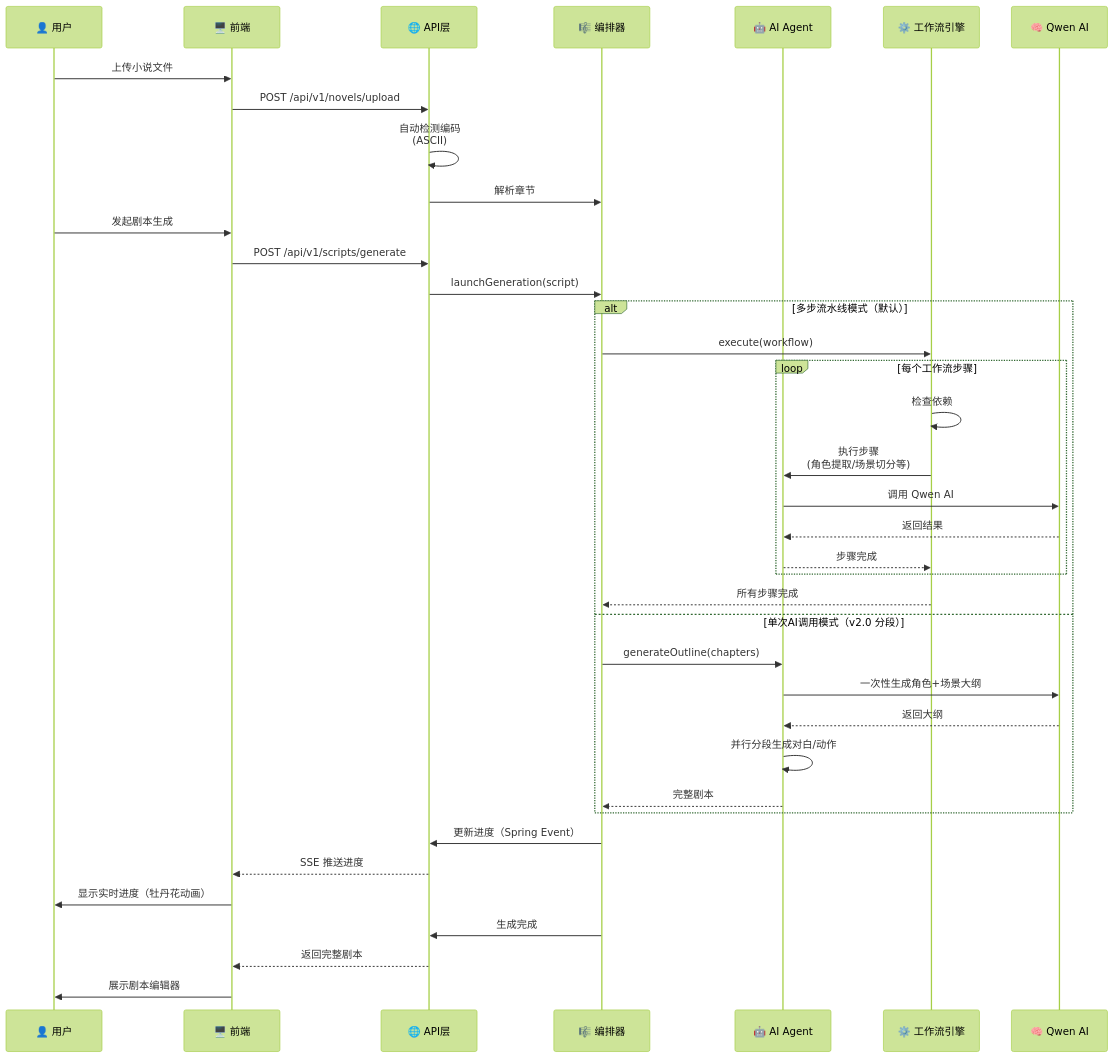
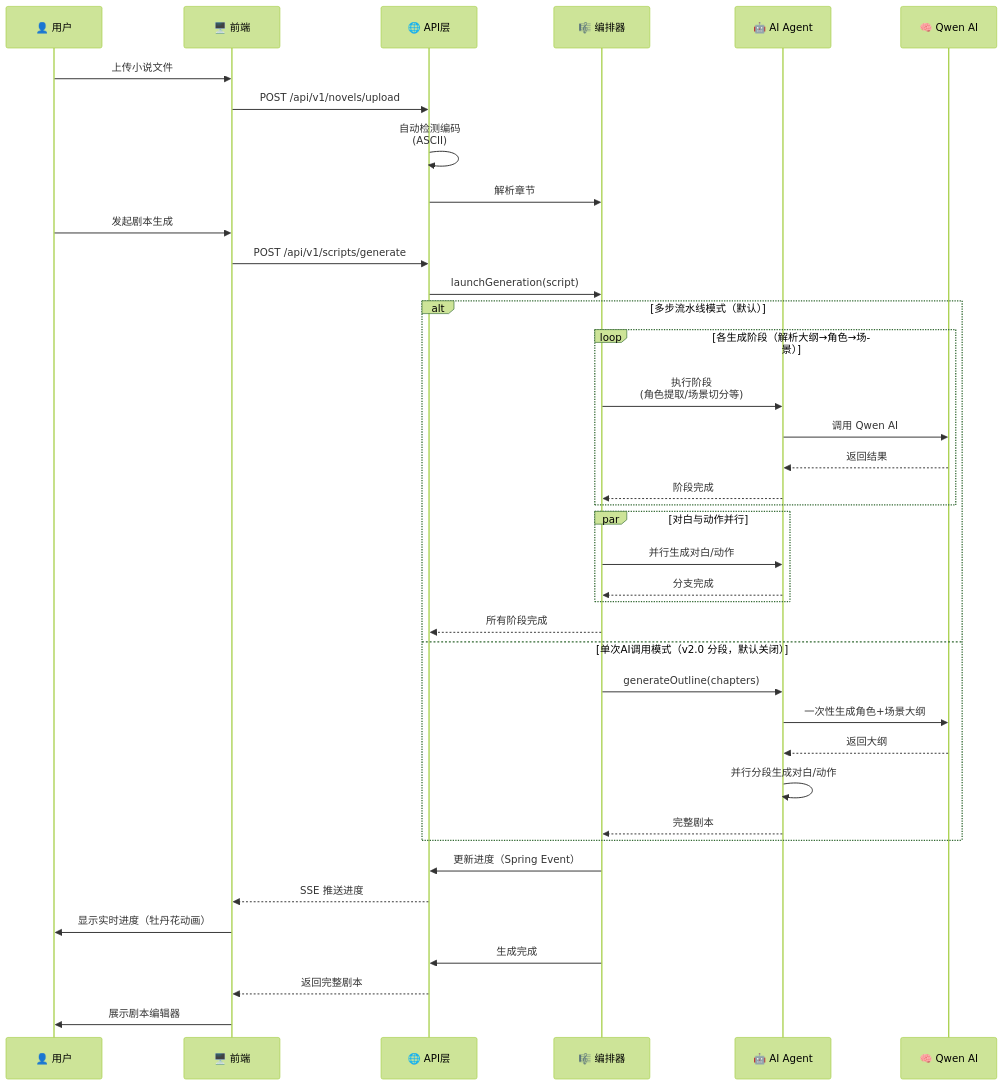
Before and after one commit to Mr-123321/Novel2Script: the second of 2 diagrams in README.md, drawn with Mermaid (forest theme). The commit also changed other lines of this file, not shown here.

````diff
--- a/README.md
+++ b/README.md
@@ -242,45 +259,46 @@
 ```mermaid
 sequenceDiagram
     participant User as 👤 用户
     participant Frontend as 🖥️ 前端
     participant API as 🌐 API层
     participant Orchestrator as 🎼 编排器
     participant Agent as 🤖 AI Agent
-    participant Workflow as ⚙️ 工作流引擎
     participant AI as 🧠 Qwen AI
 
     User->>Frontend: 上传小说文件
     Frontend->>API: POST /api/v1/novels/upload
     API->>API: 自动检测编码<br/>(ASCII)
     API->>Orchestrator: 解析章节
 
     User->>Frontend: 发起剧本生成
     Frontend->>API: POST /api/v1/scripts/generate
     API->>Orchestrator: launchGeneration(script)
 
     alt 多步流水线模式（默认）
-        Orchestrator->>Workflow: execute(workflow)
-        loop 每个工作流步骤
-            Workflow->>Workflow: 检查依赖
-            Workflow->>Agent: 执行步骤<br/>(角色提取/场景切分等)
+        loop 各生成阶段（解析大纲→角色→场景）
+            Orchestrator->>Agent: 执行阶段<br/>(角色提取/场景切分等)
             Agent->>AI: 调用 Qwen AI
             AI-->>Agent: 返回结果
-            Agent-->>Workflow: 步骤完成
+            Agent-->>Orchestrator: 阶段完成
         end
-        Workflow-->>Orchestrator: 所有步骤完成
-    else 单次AI调用模式（v2.0 分段）
+        par 对白与动作并行
+            Orchestrator->>Agent: 并行生成对白/动作
+            Agent-->>Orchestrator: 分支完成
+        end
+        Orchestrator-->>API: 所有阶段完成
+    else 单次AI调用模式（v2.0 分段，默认关闭）
         Orchestrator->>Agent: generateOutline(chapters)
         Agent->>AI: 一次性生成角色+场景大纲
         AI-->>Agent: 返回大纲
         Agent->>Agent: 并行分段生成对白/动作
         Agent-->>Orchestrator: 完整剧本
     end
 
     Orchestrator->>API: 更新进度（Spring Event）
     API-->>Frontend: SSE 推送进度
     Frontend->>User: 显示实时进度（牡丹花动画）
 
     Orchestrator->>API: 生成完成
     API-->>Frontend: 返回完整剧本
     Frontend->>User: 展示剧本编辑器
 ```
````
